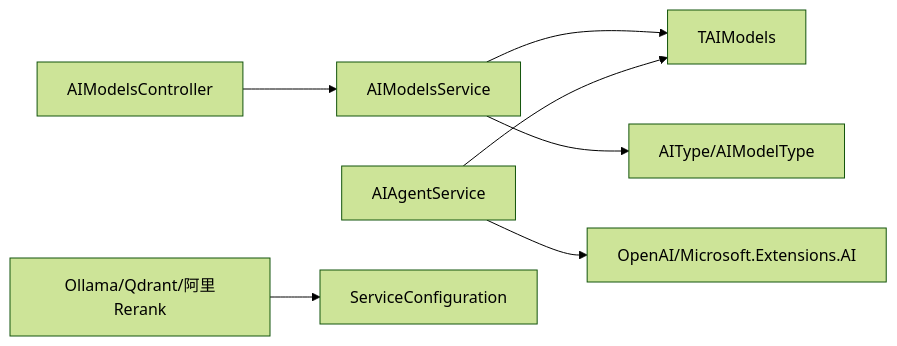
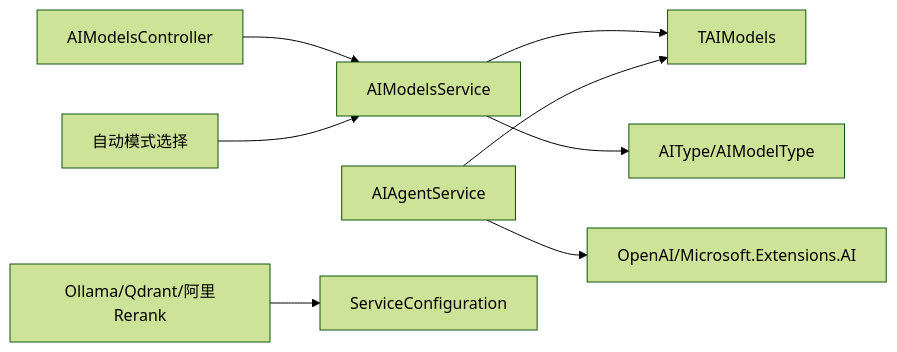
Before and after one commit to junkai-li/NetCoreKevin: the seventh of 7 diagrams in .qoder/repowiki/zh/content/核心模块/AI智能助手/AI模型管理.md, drawn with Mermaid (forest theme). The commit also changed other lines of this file and 7 other files, not shown here.

````diff
--- a/.qoder/repowiki/zh/content/核心模块/AI智能助手/AI模型管理.md
+++ b/.qoder/repowiki/zh/content/核心模块/AI智能助手/AI模型管理.md
@@ -273,9 +344,10 @@
 ```mermaid
 graph LR
 Controller["AIModelsController"] --> Service["AIModelsService"]
 Service --> Entity["TAIModels"]
 Service --> Enum["AIType/AIModelType"]
 Agent["AIAgentService"] --> Entity
 Agent --> SDK["OpenAI/Microsoft.Extensions.AI"]
 RAG["Ollama/Qdrant/阿里Rerank"] --> Config["ServiceConfiguration"]
+AutoMode["自动模式选择"] --> Service
 ```
````
